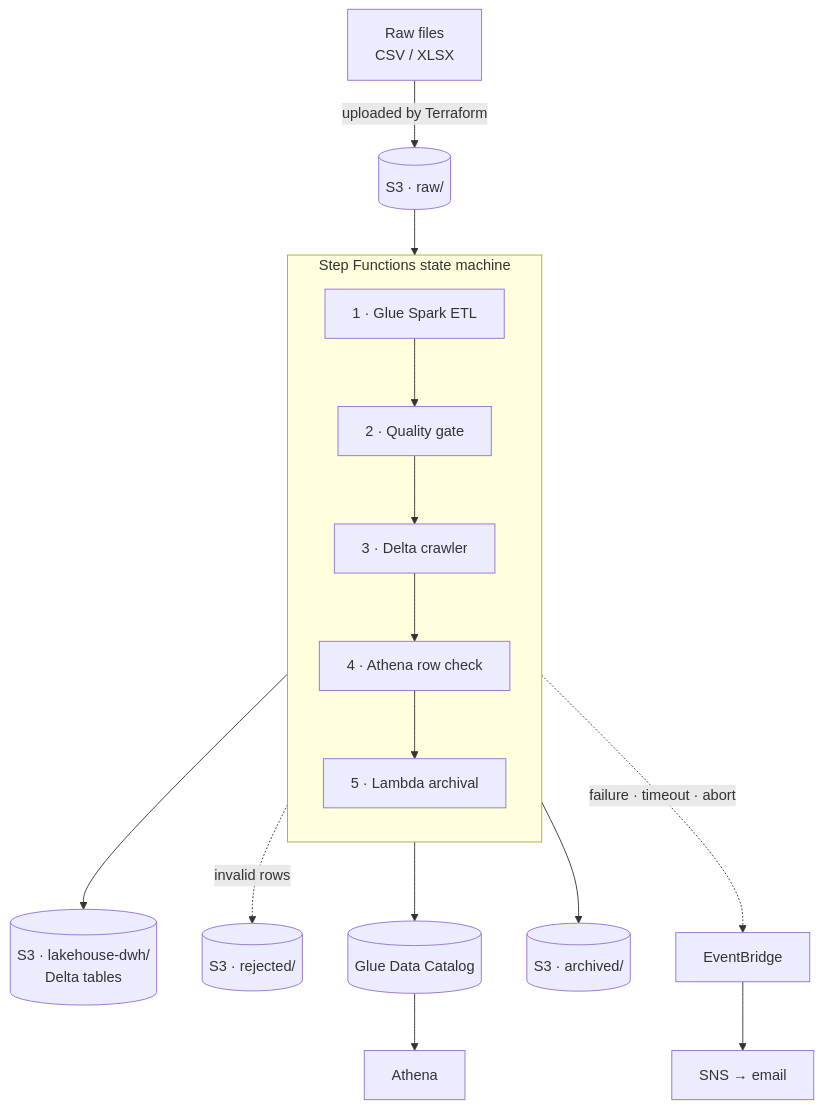
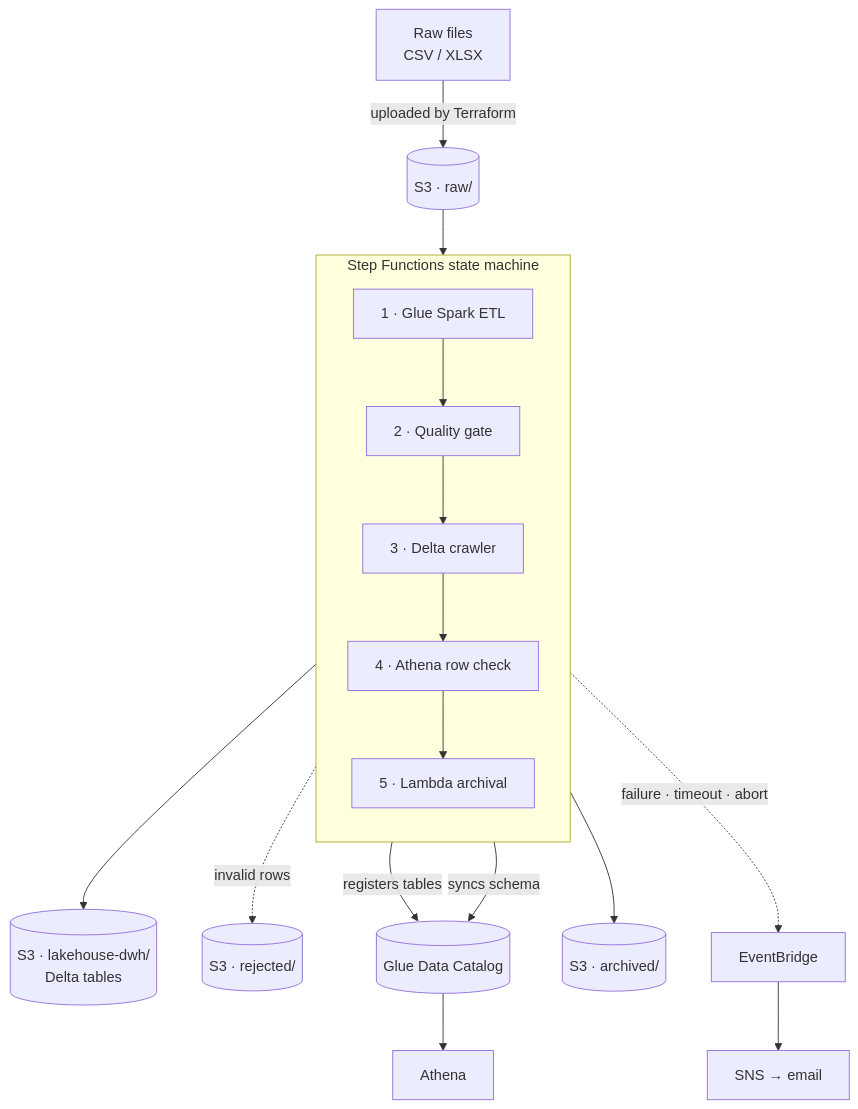
The first of 2 diagrams in README.md (pierrine-bit/aws-ecommerce-lakehouse), drawn with Mermaid before and after one commit. The commit also changed other lines of this file, not shown here.

Commit message:
Correct the diagram: the ETL registers Catalog tables, the crawler syncs them

````diff
--- a/README.md
+++ b/README.md
@@ -17,24 +17,25 @@
 ```mermaid
 flowchart TD
     SRC["Raw files<br/>CSV / XLSX"] -->|uploaded by Terraform| RAW[("S3 · raw/")]
 
     subgraph SFN["Step Functions state machine"]
         direction TB
         ETL["1 · Glue Spark ETL"]
         GATE["2 · Quality gate"]
         CRAWL["3 · Delta crawler"]
         CHECK["4 · Athena row check"]
         ARCHIVE["5 · Lambda archival"]
         ETL --> GATE --> CRAWL --> CHECK --> ARCHIVE
     end
 
     RAW --> ETL
     ETL --> DWH[("S3 · lakehouse-dwh/<br/>Delta tables")]
     ETL -.->|invalid rows| REJ[("S3 · rejected/")]
-    CRAWL --> CAT[("Glue Data Catalog")]
+    ETL -->|registers tables| CAT[("Glue Data Catalog")]
+    CRAWL -->|syncs schema| CAT
     CAT --> ATHENA["Athena"]
     ARCHIVE --> ARC[("S3 · archived/")]
 
     SFN -.->|failure · timeout · abort| EB["EventBridge"]
     EB --> SNS["SNS → email"]
 ```
````
